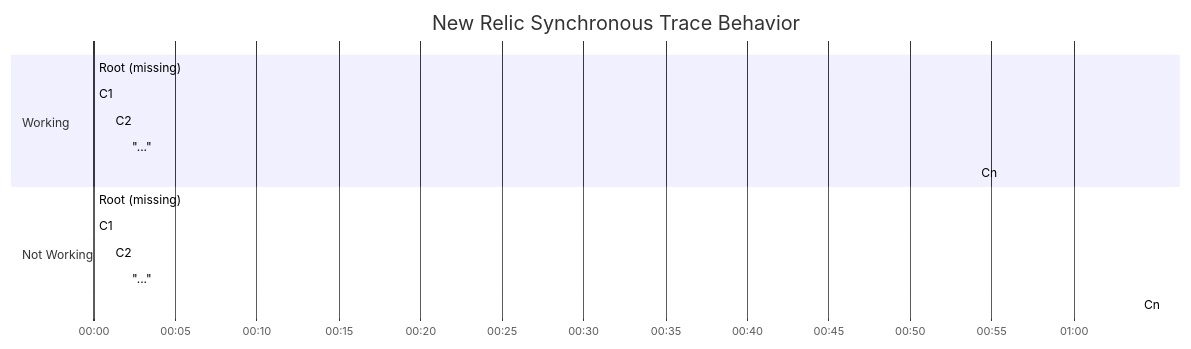
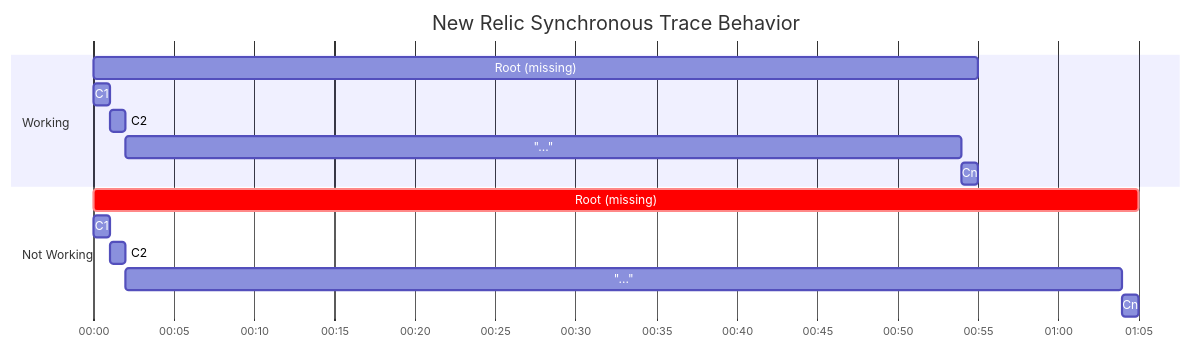
The first of 2 diagrams in README.md (danelson/new-relic-trace-duration), drawn with Mermaid before and after one commit. The commit also changed other lines of this file, not shown here.

Commit message:
Update mermaid diagram

````diff
--- a/README.md
+++ b/README.md
@@ -9,20 +9,20 @@
 ```mermaid
 gantt
     title      New Relic Synchronous Trace Behavior
     dateFormat HH:mm
     axisFormat %H:%M
 
     section Working
-    Root (missing) : 00:00, 55min
-    C1             : 00:00, 1min
-    C2             : 00:01, 1min
-    "..."          : 00:02, 52min
-    Cn             : 00:54, 1min
+    Root (missing) : 00:00, 55m
+    C1             : 00:00, 1m
+    C2             : 00:01, 1m
+    "..."          : 00:02, 52m
+    Cn             : 00:54, 1m
 
     section Not Working
-    Root (missing) :crit, 00:00, 65min
-    C1             :      00:00, 1min
-    C2             :      00:01, 1min
-    "..."          :      00:02, 62min
-    Cn             :      01:04, 1min
+    Root (missing) :crit, 00:00, 65m
+    C1             :      00:00, 1m
+    C2             :      00:01, 1m
+    "..."          :      00:02, 62m
+    Cn             :      01:04, 1m
 ```
````
